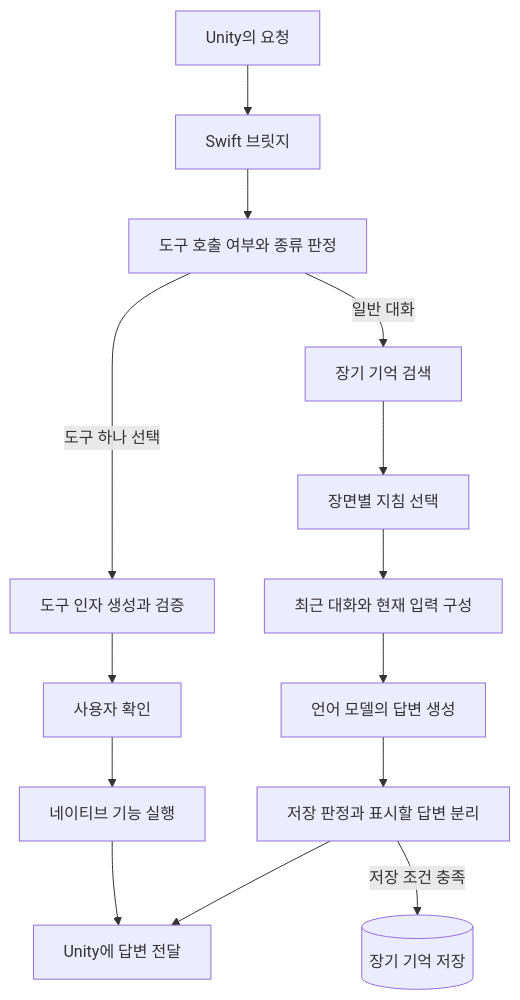
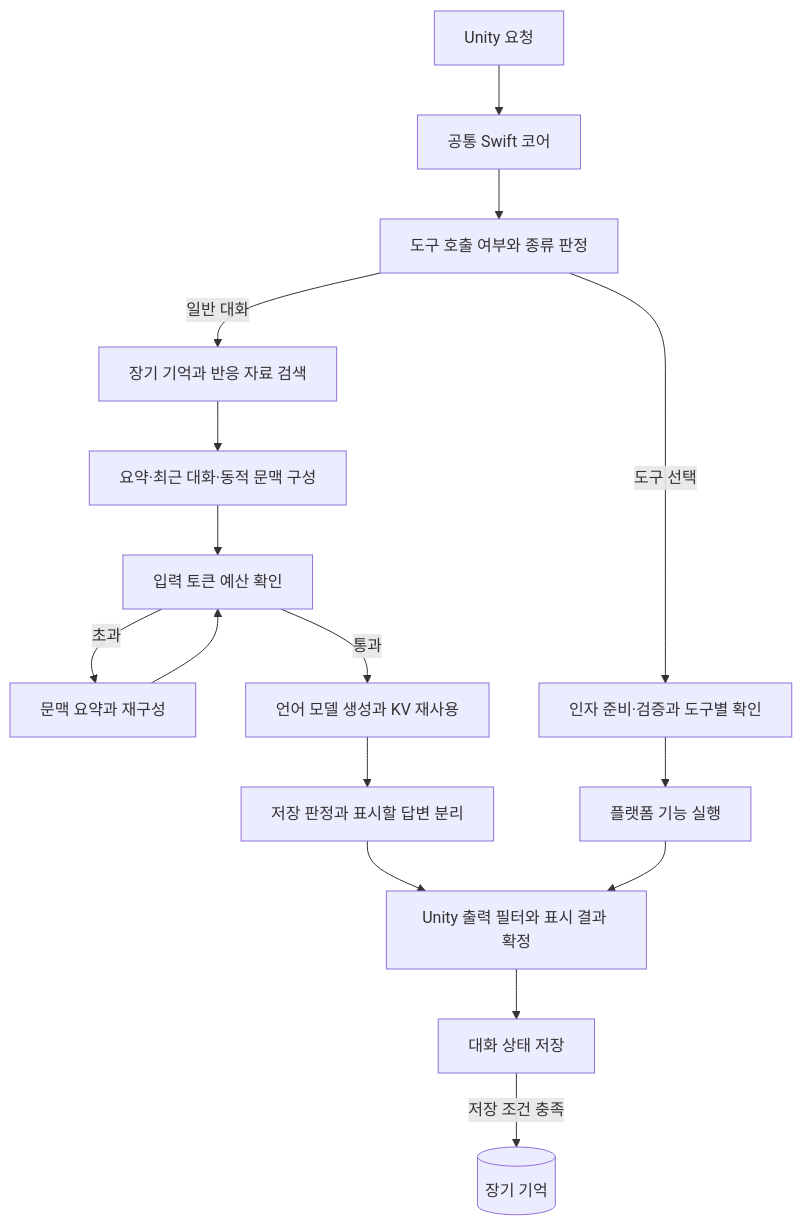
The diagram in src/content/docs/technical-series/overview/system-map.md (pysunn14/docs-beolmuri-ai), drawn with Mermaid before and after one commit. The commit also changed other lines of this file and 21 other files, not shown here.

Commit message:
docs: refresh shared runtime, dialogue and memory architecture

````diff
--- a/src/content/docs/technical-series/overview/system-map.md
+++ b/src/content/docs/technical-series/overview/system-map.md
@@ -14,16 +10,18 @@
 ```mermaid
 flowchart TD
-    U[Unity의 요청] --> B[Swift 브릿지]
+    U[Unity 요청] --> B[공통 Swift 코어]
     B --> R[도구 호출 여부와 종류 판정]
-    R -->|일반 대화| M[장기 기억 검색]
-    M --> S[장면별 지침 선택]
-    S --> C[최근 대화와 현재 입력 구성]
-    C --> G[언어 모델의 답변 생성]
+    R -->|일반 대화| M[장기 기억과 반응 자료 검색]
+    M --> C[요약·최근 대화·동적 문맥 구성]
+    C --> Q[입력 토큰 예산 확인]
+    Q -->|초과| S[문맥 요약과 재구성]
+    S --> Q
+    Q -->|통과| G[언어 모델 생성과 KV 재사용]
     G --> P[저장 판정과 표시할 답변 분리]
-    P --> V[Unity에 답변 전달]
-    P -->|저장 조건 충족| D[(장기 기억 저장)]
-    R -->|도구 하나 선택| T[도구 인자 생성과 검증]
-    T --> A[사용자 확인]
-    A --> N[네이티브 기능 실행]
+    P --> V[Unity 출력 필터와 표시 결과 확정]
+    V --> H[대화 상태 저장]
+    H -->|저장 조건 충족| D[(장기 기억)]
+    R -->|도구 선택| T[인자 준비·검증과 도구별 확인]
+    T --> N[플랫폼 기능 실행]
     N --> V
 ```
````
